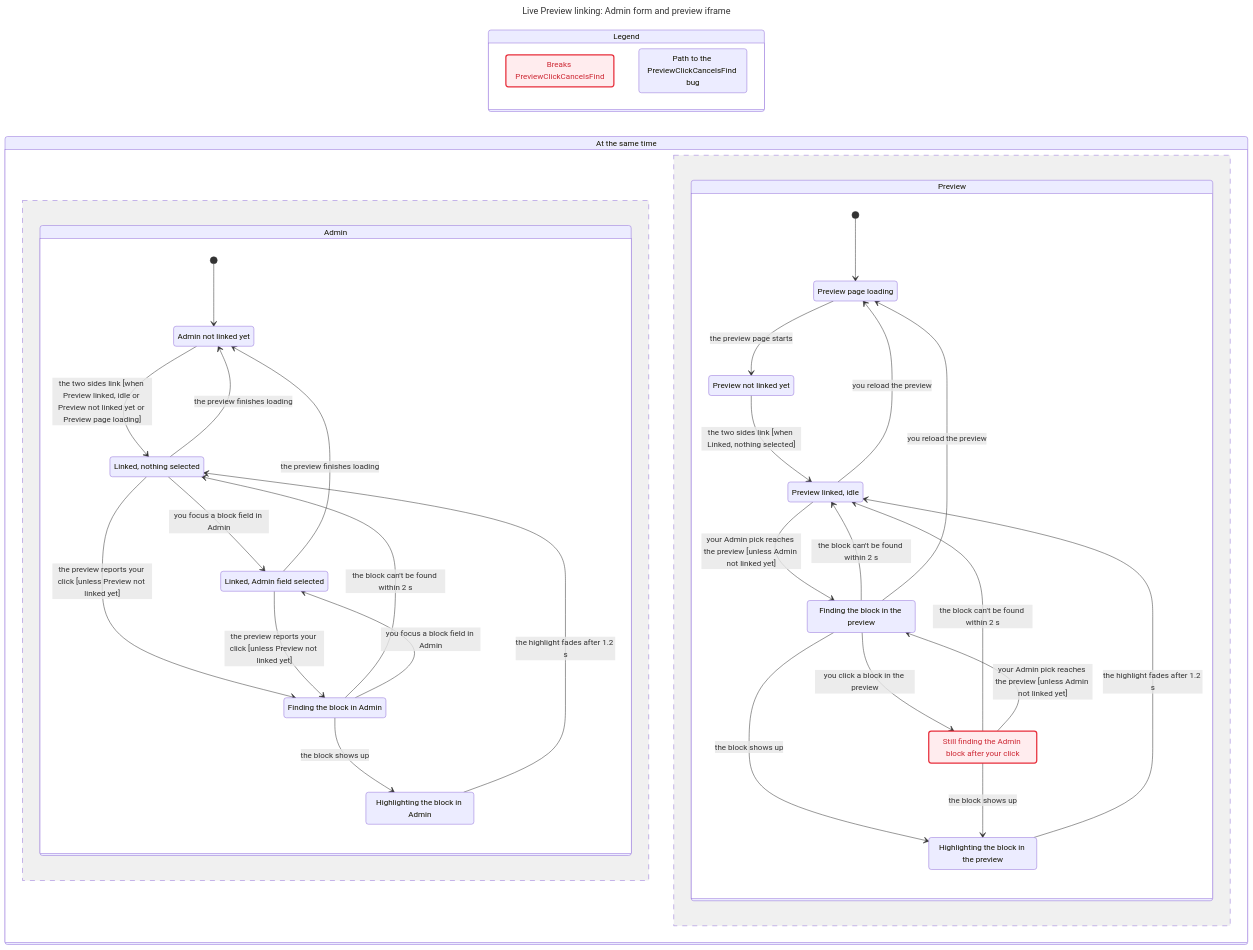
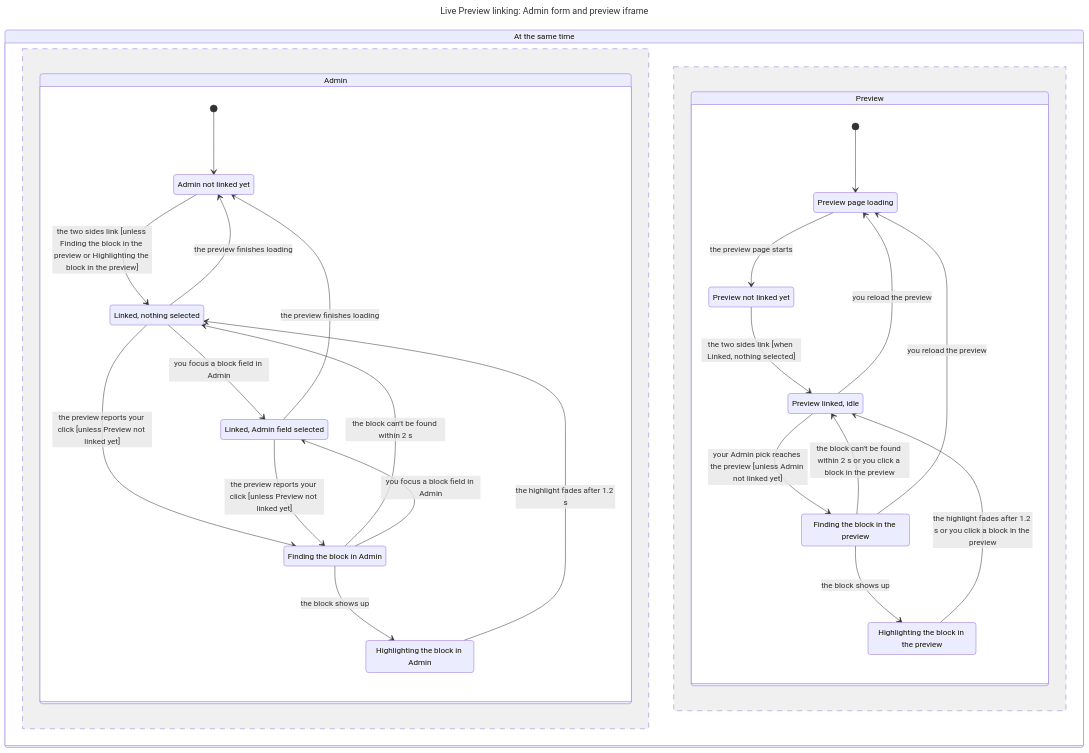
The diagram in docs/statecharts/live-preview-linking.md (codlume/payload-toolkit), drawn with Mermaid before and after one commit. The commit also changed other lines of this file and 14 other files, not shown here.

````diff
--- a/docs/statecharts/live-preview-linking.md
+++ b/docs/statecharts/live-preview-linking.md
@@ -5,65 +5,44 @@
 ```mermaid
 ---
 title: "Live Preview linking: Admin form and preview iframe"
 ---
 stateDiagram-v2
   direction LR
-  state "Legend" as legend {
-    lg0: Breaks PreviewClickCancelsFind
-    lg1: Path to the PreviewClickCancelsFind bug
-  }
-  class lg0 breaks
-  class lg1 bugPath
   state "At the same time" as all {
     state "Admin" as r0 {
       s0: Admin not linked yet
       s1: Linked, nothing selected
       s2: Linked, Admin field selected
       s3: Finding the block in Admin
       s4: Highlighting the block in Admin
       [*] --> s0
-      s0 --> s1: the two sides link [when Preview linked, idle or Preview not linked yet or Preview page loading]
+      s0 --> s1: the two sides link [unless Finding the block in the preview or Highlighting the block in the preview]
       s1 --> s0: the preview finishes loading
       s1 --> s2: you focus a block field in Admin
       s1 --> s3: the preview reports your click [unless Preview not linked yet]
       s2 --> s0: the preview finishes loading
       s3 --> s1: the block can't be found within 2 s
       s3 --> s2: you focus a block field in Admin
       s3 --> s4: the block shows up
       s2 --> s3: the preview reports your click [unless Preview not linked yet]
       s4 --> s1: the highlight fades after 1.2 s
     }
     --
     state "Preview" as r1 {
       s5: Preview page loading
       s6: Preview not linked yet
       s7: Preview linked, idle
       s8: Finding the block in the preview
-      s9: Still finding the Admin block after your click
-      s10: Highlighting the block in the preview
+      s9: Highlighting the block in the preview
       [*] --> s5
       s5 --> s6: the preview page starts
       s6 --> s7: the two sides link [when Linked, nothing selected]
       s7 --> s5: you reload the preview
       s7 --> s8: your Admin pick reaches the preview [unless Admin not linked yet]
-      s8 --> s9: you click a block in the preview
-      s8 --> s7: the block can't be found within 2 s
-      s8 --> s10: the block shows up
+      s8 --> s7: the block can't be found within 2 s or you click a block in the preview
+      s8 --> s9: the block shows up
       s8 --> s5: you reload the preview
-      s9 --> s7: the block can't be found within 2 s
-      s9 --> s10: the block shows up
-      s10 --> s7: the highlight fades after 1.2 s
-      s9 --> s8: your Admin pick reaches the preview [unless Admin not linked yet]
+      s9 --> s7: the highlight fades after 1.2 s or you click a block in the preview
     }
   }
-  classDef breaks fill:#ffecee,stroke:#e72e3b,stroke-width:2.5px,color:#cd2834
-  class s0 bugPath
-  class s1 bugPath
-  class s2 bugPath
-  class s5 bugPath
-  class s6 bugPath
-  class s7 bugPath
-  class s8 bugPath
-  class s9 breaks
-  class s9 bugPath
 ```
````
